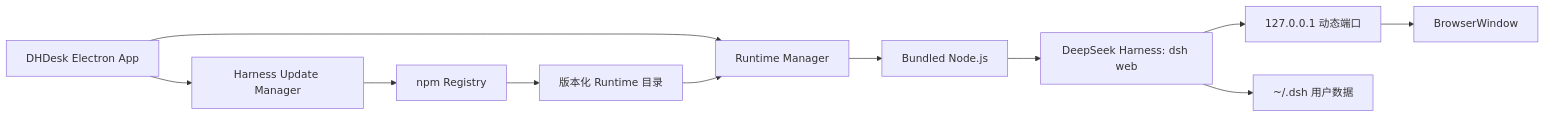
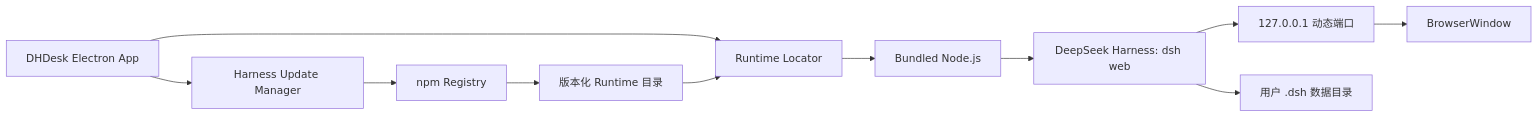
The diagram in docs/development-plan.md (zhangxguang/DHDesk), drawn with Mermaid before and after one commit. The commit also changed other lines of this file and 2 other files, not shown here.

Commit message:
perf: trim packaged runtime resources

````diff
--- a/docs/development-plan.md
+++ b/docs/development-plan.md
@@ -48,15 +76,15 @@
 ```mermaid
 flowchart LR
-    A["DHDesk Electron App"] --> B["Runtime Manager"]
+    A["DHDesk Electron App"] --> B["Runtime Locator"]
     B --> C["Bundled Node.js"]
     C --> D["DeepSeek Harness: dsh web"]
     D --> E["127.0.0.1 动态端口"]
     E --> F["BrowserWindow"]
 
     A --> G["Harness Update Manager"]
     G --> H["npm Registry"]
     H --> I["版本化 Runtime 目录"]
     I --> B
 
-    D --> J["~/.dsh 用户数据"]
+    D --> J["用户 .dsh 数据目录"]
 ```
````
